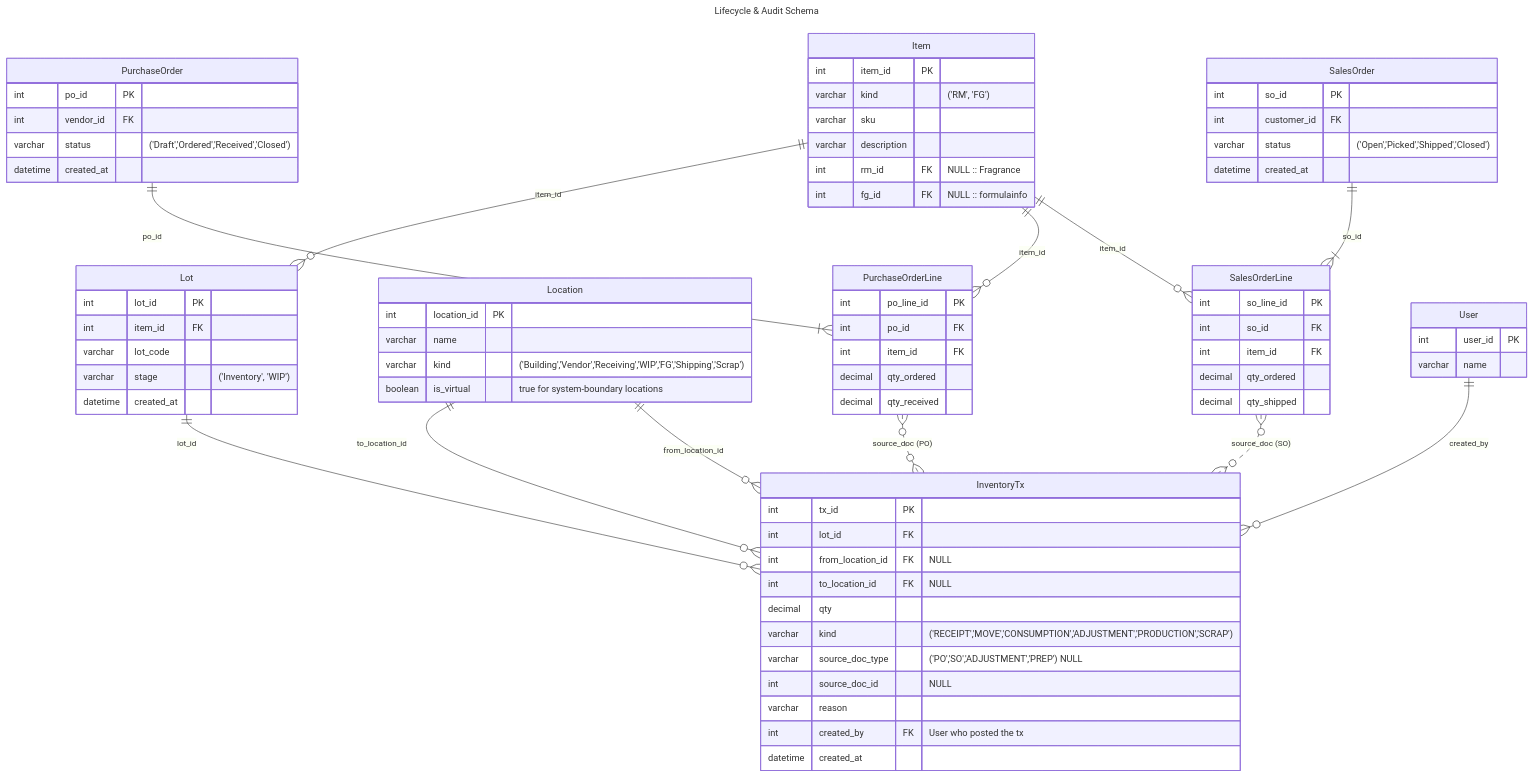
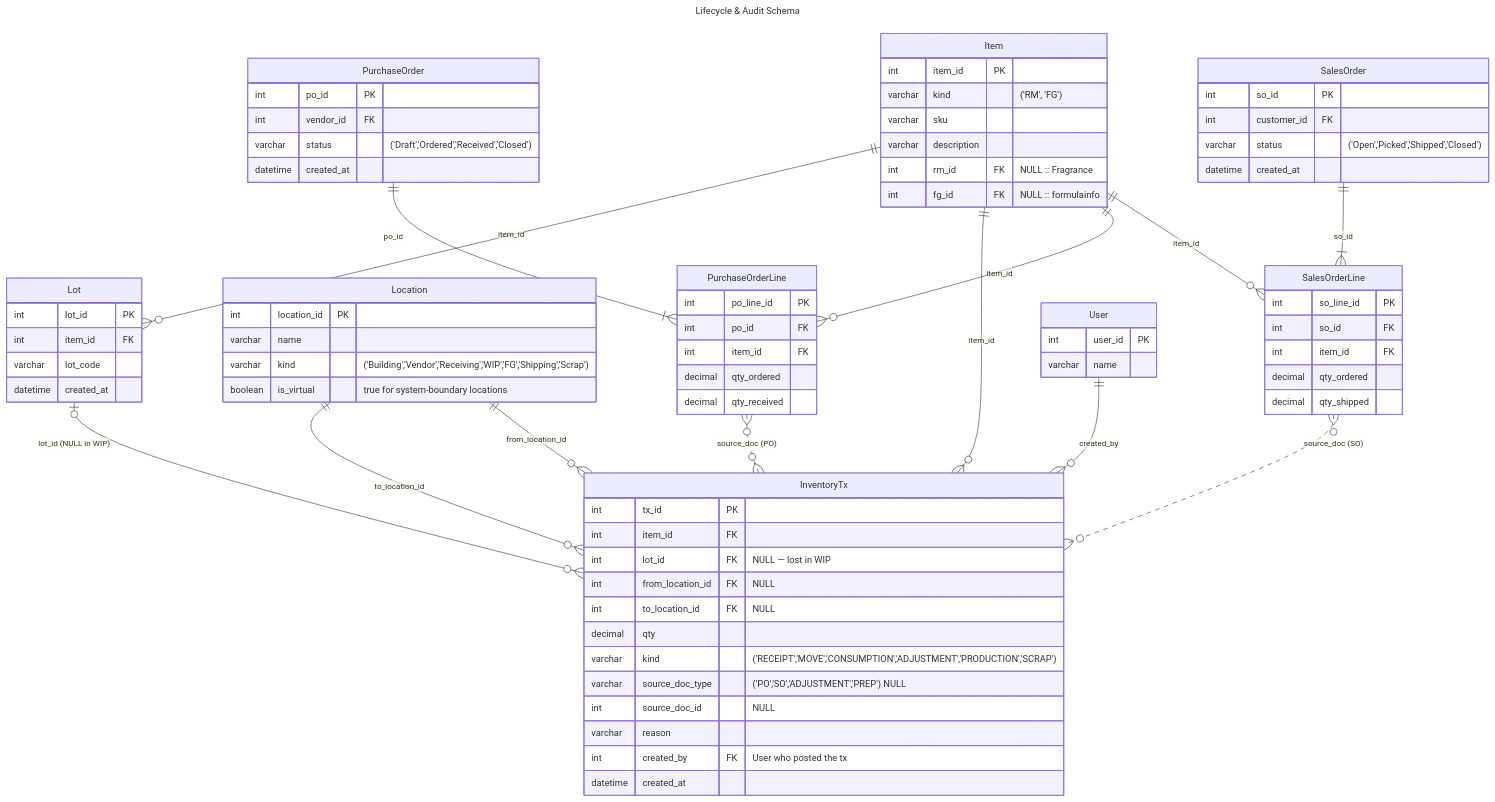
Before and after one commit to afi-spencerd/RSM: the eighth of 8 diagrams in src/tx_table_proposal.md, drawn with Mermaid. The commit also changed other lines of this file, not shown here.

First line of the commit message:
docs: make ledger item-keyed with optional lot (match fw3)

```diff
--- a/src/tx_table_proposal.md
+++ b/src/tx_table_proposal.md
@@ -266,7 +266,6 @@
     int      lot_id PK
     int      item_id FK
     varchar  lot_code
-    varchar  stage "('Inventory', 'WIP')"
     datetime created_at
   }
   Location {
@@ -277,7 +276,8 @@
   }
   InventoryTx {
     int      tx_id PK
-    int      lot_id FK
+    int      item_id FK
+    int      lot_id FK "NULL — lost in WIP"
     int      from_location_id FK "NULL"
     int      to_location_id FK "NULL"
     decimal  qty
@@ -320,7 +320,8 @@
   }
 
   Item              ||--o{ Lot               : "item_id"
-  Lot               ||--o{ InventoryTx       : "lot_id"
+  Item              ||--o{ InventoryTx       : "item_id"
+  Lot               |o--o{ InventoryTx       : "lot_id (NULL in WIP)"
   Location          ||--o{ InventoryTx       : "to_location_id"
   Location          ||--o{ InventoryTx       : "from_location_id"
   User              ||--o{ InventoryTx       : "created_by"
```
